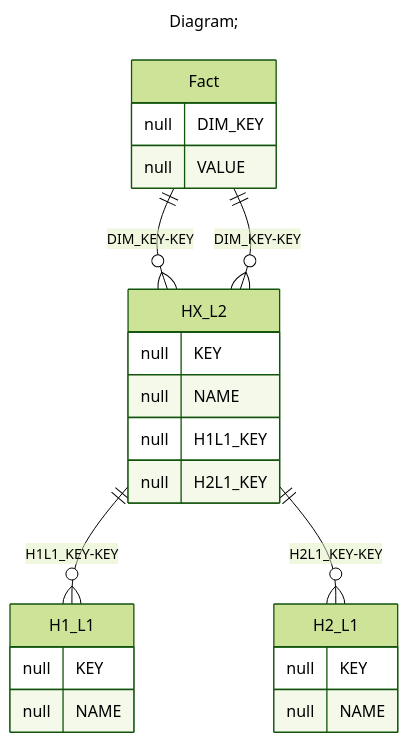
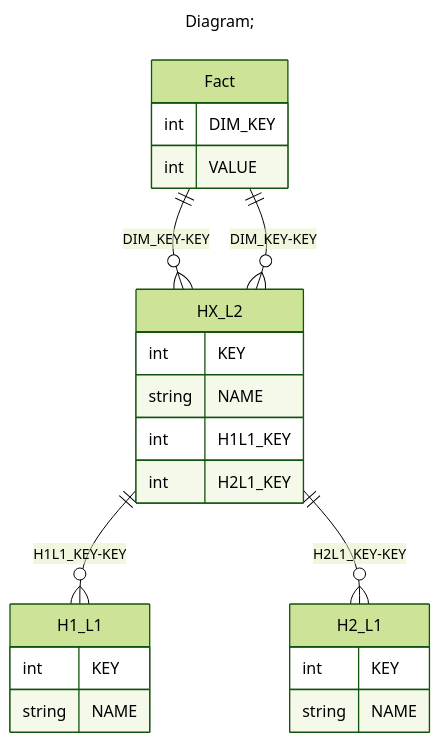
Before and after one commit to xmla-services/workground: the third of 3 diagrams in demo/server/catalogs/min_Cube_DrillThroughAction/README.MD, drawn with Mermaid (forest theme). The commit also changed other lines of this file and 33 other files, not shown here.

````diff
--- a/demo/server/catalogs/min_Cube_DrillThroughAction/README.MD
+++ b/demo/server/catalogs/min_Cube_DrillThroughAction/README.MD
@@ -115,29 +114,29 @@
 ```mermaid
 ---
 title: Diagram;
 ---
 erDiagram
 Fact{
-null DIM_KEY
-null VALUE
+int DIM_KEY
+int VALUE
 }
 H1_L1{
-null KEY
-null NAME
+int KEY
+string NAME
 }
 H2_L1{
-null KEY
-null NAME
+int KEY
+string NAME
 }
 HX_L2{
-null KEY
-null NAME
-null H1L1_KEY
-null H2L1_KEY
+int KEY
+string NAME
+int H1L1_KEY
+int H2L1_KEY
 }
 
 "Fact" ||--o{ "HX_L2" : "DIM_KEY-KEY"
 "HX_L2" ||--o{ "H1_L1" : "H1L1_KEY-KEY"
 "Fact" ||--o{ "HX_L2" : "DIM_KEY-KEY"
 "HX_L2" ||--o{ "H2_L1" : "H2L1_KEY-KEY"
 ```
````
